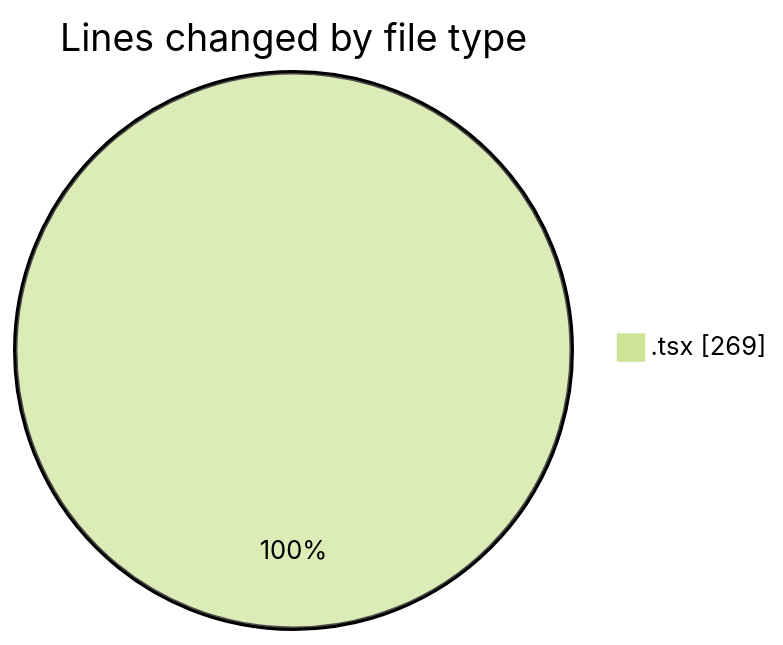
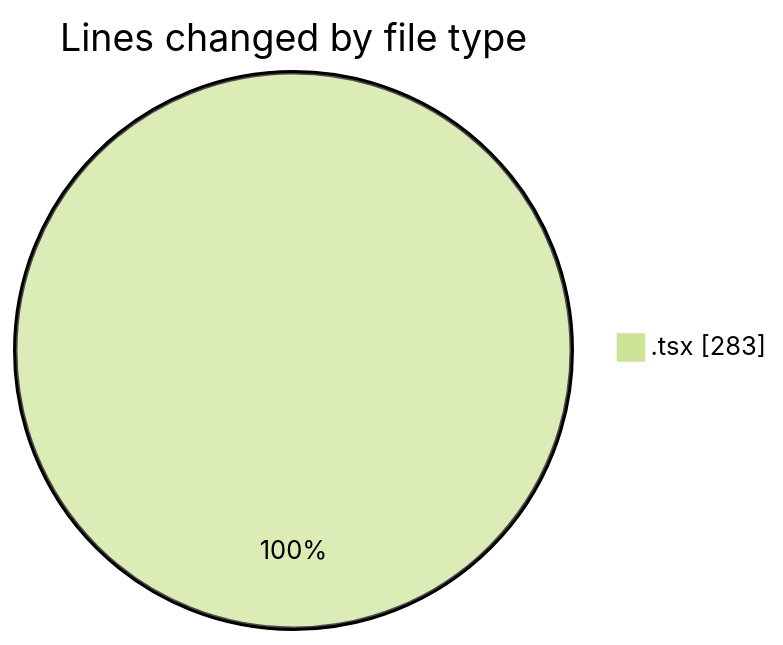
Before and after one commit to momahboobian/code-tracking: the first of 2 diagrams in 2025-11-26/cda/README.md, drawn with Mermaid (forest theme). The commit also changed other lines of this file and 1 other file, not shown here.

````diff
--- a/2025-11-26/cda/README.md
+++ b/2025-11-26/cda/README.md
@@ -20,5 +20,5 @@
 ```mermaid
 pie showData
 title Lines changed by file type
-".tsx" : 269
+".tsx" : 283
 ```
````
